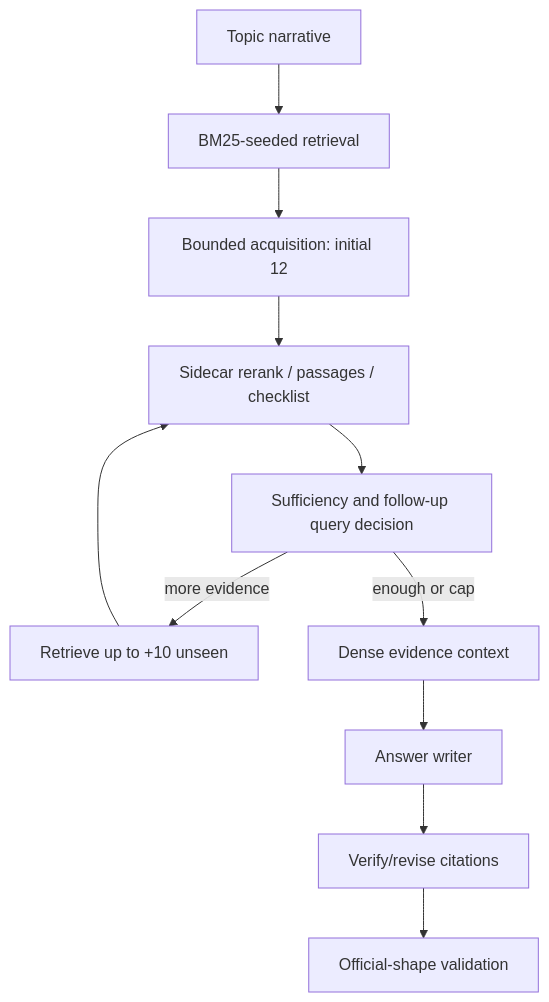
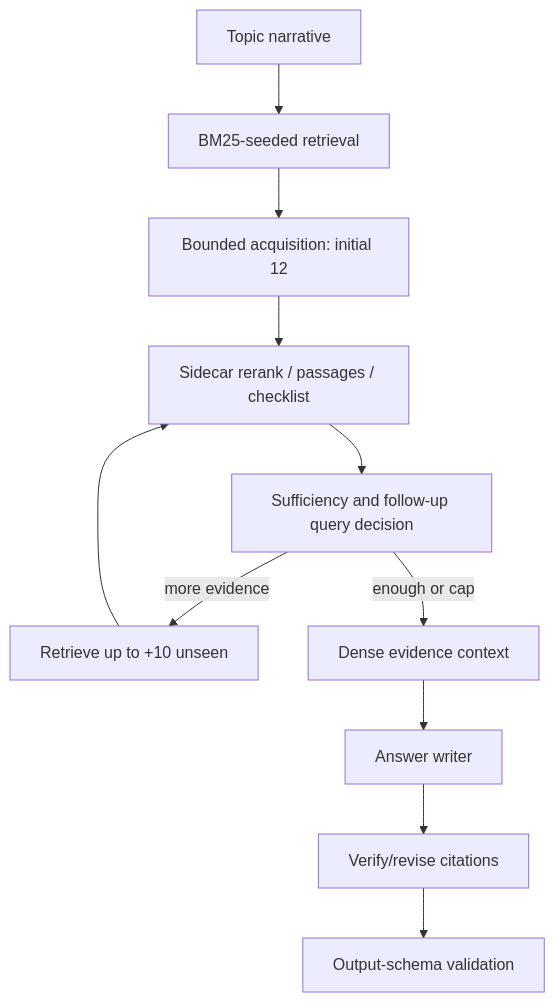
Before and after one commit to Itzel0115/cfda-trec-rag-2026: the second of 2 diagrams in docs/architecture.md, drawn with Mermaid. The commit also changed other lines of this file and 11 other files, not shown here.

````diff
--- a/docs/architecture.md
+++ b/docs/architecture.md
@@ -27,13 +27,13 @@
-```mermaid
+~~~mermaid
 flowchart TD
   T[Topic narrative] --> S[BM25-seeded retrieval]
   S --> A[Bounded acquisition: initial 12]
   A --> X[Sidecar rerank / passages / checklist]
   X --> J[Sufficiency and follow-up query decision]
   J -->|more evidence| R[Retrieve up to +10 unseen]
   R --> X
   J -->|enough or cap| E[Dense evidence context]
   E --> W[Answer writer]
   W --> C[Verify/revise citations]
-  C --> O[Official-shape validation]
-```
+  C --> O[Output-schema validation]
+~~~
````
